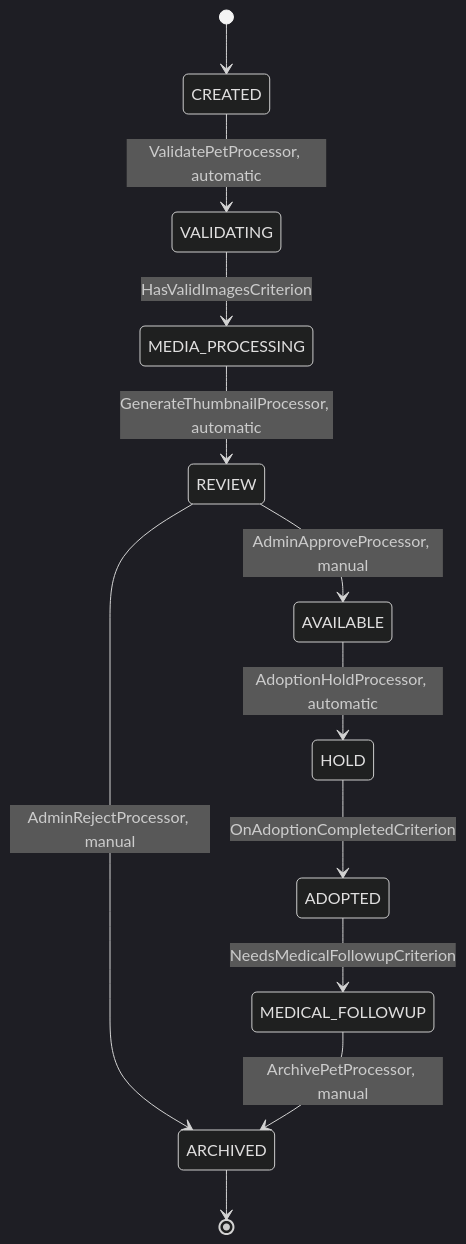
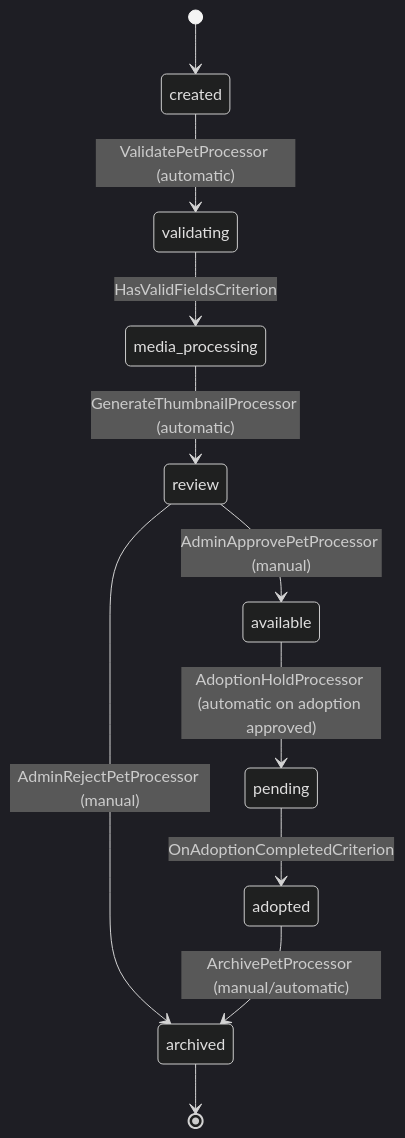
One commit to Cyoda-platform/java-client-template changed the first of 3 diagrams in src/main/java/com/java_template/prototype/functional_requirement.md. Above: the diagram before and after it, drawn with Mermaid (dark theme). The commit also changed other lines of this file, not shown here.

````diff
--- a/src/main/java/com/java_template/prototype/functional_requirement.md
+++ b/src/main/java/com/java_template/prototype/functional_requirement.md
@@ -54,14 +92,13 @@
 ```mermaid
 stateDiagram-v2
-    [*] --> CREATED
-    CREATED --> VALIDATING : ValidatePetProcessor, automatic
-    VALIDATING --> MEDIA_PROCESSING : HasValidImagesCriterion
-    MEDIA_PROCESSING --> REVIEW : GenerateThumbnailProcessor, automatic
-    REVIEW --> AVAILABLE : AdminApproveProcessor, manual
-    REVIEW --> ARCHIVED : AdminRejectProcessor, manual
-    AVAILABLE --> HOLD : AdoptionHoldProcessor, automatic
-    HOLD --> ADOPTED : OnAdoptionCompletedCriterion
-    ADOPTED --> MEDICAL_FOLLOWUP : NeedsMedicalFollowupCriterion
-    MEDICAL_FOLLOWUP --> ARCHIVED : ArchivePetProcessor, manual
-    ARCHIVED --> [*]
+    [*] --> created
+    created --> validating : ValidatePetProcessor (automatic)
+    validating --> media_processing : HasValidFieldsCriterion
+    media_processing --> review : GenerateThumbnailProcessor (automatic)
+    review --> available : AdminApprovePetProcessor (manual)
+    review --> archived : AdminRejectPetProcessor (manual)
+    available --> pending : AdoptionHoldProcessor (automatic on adoption approved)
+    pending --> adopted : OnAdoptionCompletedCriterion
+    adopted --> archived : ArchivePetProcessor (manual/automatic)
+    archived --> [*]
 ```
````
